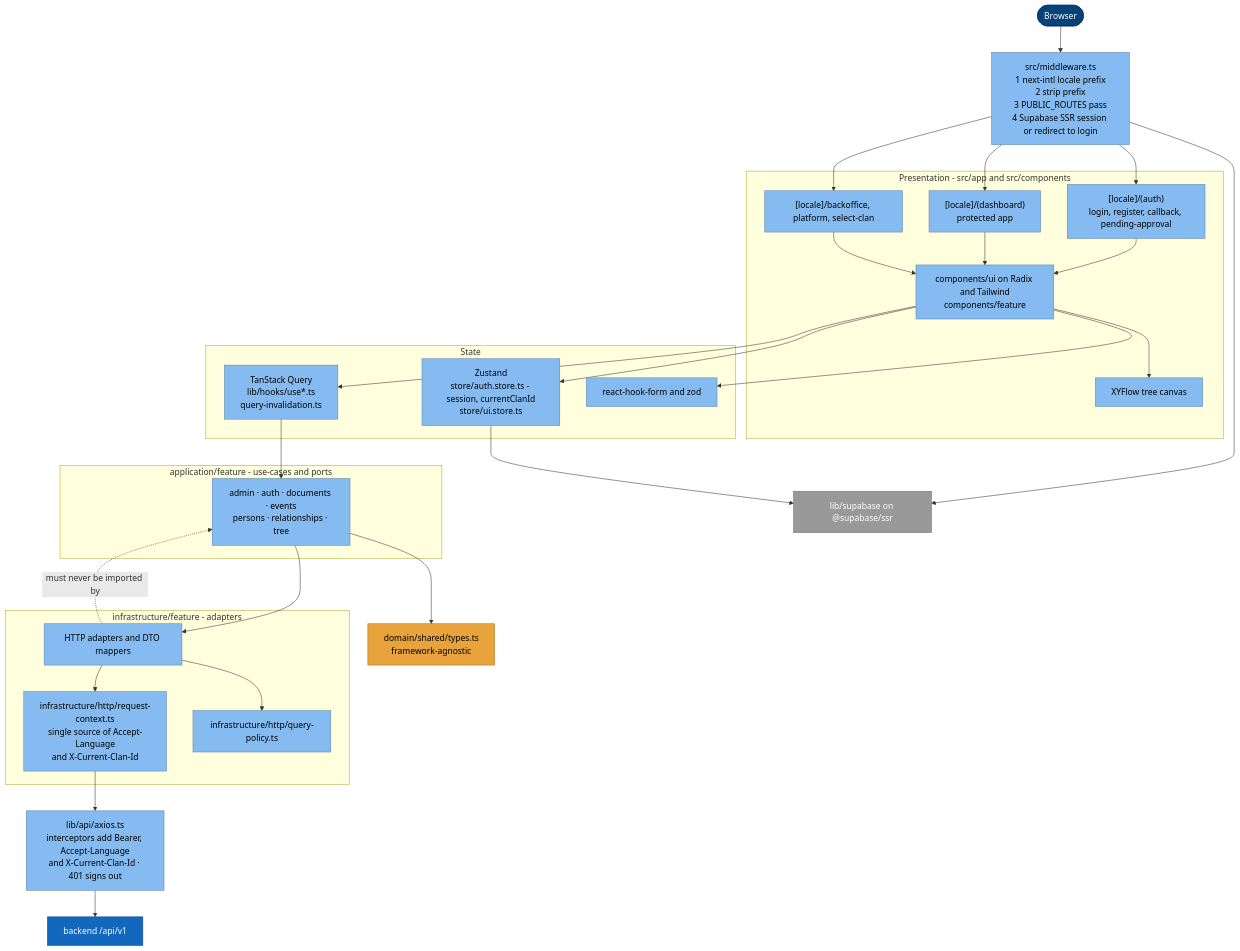
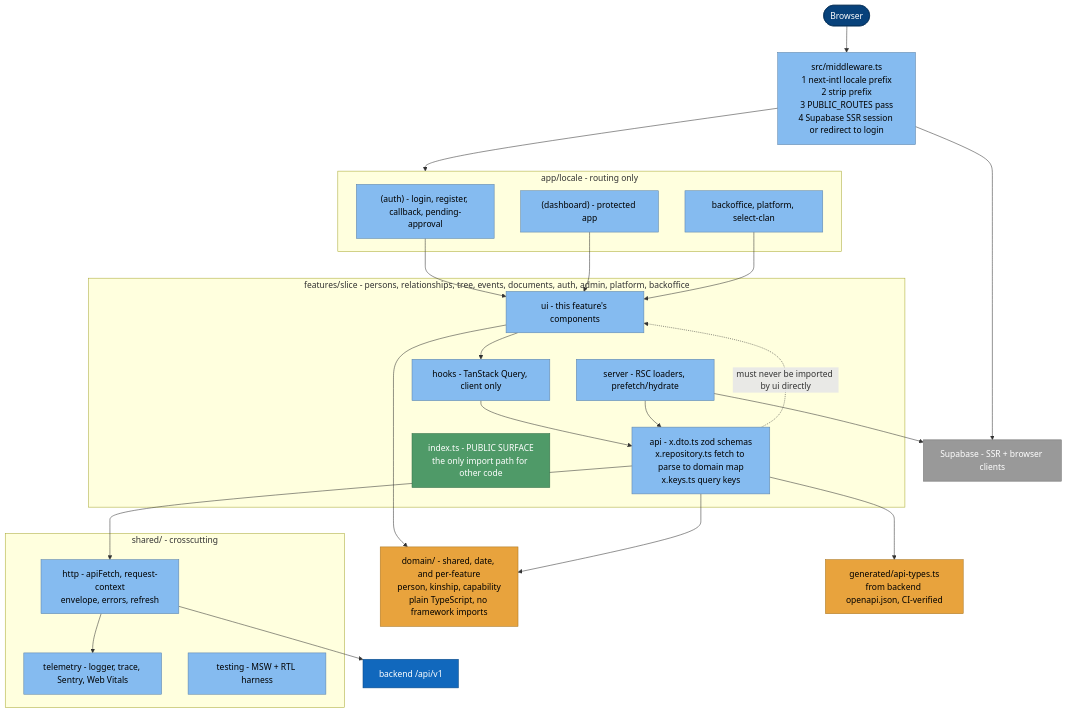
One commit to namphuongtran/familyroots changed the first of 2 diagrams in docs/sad/05b-web-components.md. Above: the diagram before and after it, drawn with Mermaid. The commit also changed other lines of this file and 3 other files, not shown here.

First line of the commit message:
docs(web): document the spine architecture and refresh the SAD component view

````diff
--- a/docs/sad/05b-web-components.md
+++ b/docs/sad/05b-web-components.md
@@ -9,63 +15,56 @@
 ```mermaid
 graph TB
   browser([Browser]):::person
 
   mw[src/middleware.ts<br/>1 next-intl locale prefix<br/>2 strip prefix<br/>3 PUBLIC_ROUTES pass<br/>4 Supabase SSR session or redirect to login]:::comp
 
-  subgraph pres[Presentation - src/app and src/components]
-    rauth["[locale]/(auth)<br/>login, register, callback, pending-approval"]:::comp
-    rdash["[locale]/(dashboard)<br/>protected app"]:::comp
-    rback["[locale]/backoffice, platform, select-clan"]:::comp
-    cmp[components/ui on Radix and Tailwind<br/>components/feature]:::comp
-    xy[XYFlow tree canvas]:::comp
+  subgraph appdir[app/locale - routing only]
+    rauth["(auth) - login, register, callback, pending-approval"]:::comp
+    rdash["(dashboard) - protected app"]:::comp
+    rback["backoffice, platform, select-clan"]:::comp
   end
 
-  subgraph state[State]
-    tq[TanStack Query<br/>lib/hooks/use*.ts<br/>query-invalidation.ts]:::comp
-    zs[Zustand<br/>store/auth.store.ts - session, currentClanId<br/>store/ui.store.ts]:::comp
-    rhf[react-hook-form and zod]:::comp
+  subgraph feat[features/slice - persons, relationships, tree, events, documents, auth, admin, platform, backoffice]
+    fui[ui - this feature's components]:::comp
+    fhooks[hooks - TanStack Query, client only]:::comp
+    fserver[server - RSC loaders, prefetch/hydrate]:::comp
+    fapi["api - x.dto.ts zod schemas<br/>x.repository.ts fetch to parse to domain map<br/>x.keys.ts query keys"]:::comp
+    fidx["index.ts - PUBLIC SURFACE<br/>the only import path for other code"]:::good
   end
 
-  subgraph appl[application/feature - use-cases and ports]
-    uc[admin · auth · documents · events<br/>persons · relationships · tree]:::comp
+  subgraph sh[shared/ - crosscutting]
+    http[http - apiFetch, request-context<br/>envelope, errors, refresh]:::comp
+    tel[telemetry - logger, trace, Sentry, Web Vitals]:::comp
+    test[testing - MSW + RTL harness]:::comp
   end
 
-  subgraph infra[infrastructure/feature - adapters]
-    ad[HTTP adapters and DTO mappers]:::comp
-    rc[infrastructure/http/request-context.ts<br/>single source of Accept-Language<br/>and X-Current-Clan-Id]:::comp
-    qpol[infrastructure/http/query-policy.ts]:::comp
-  end
-
-  dom[domain/shared/types.ts<br/>framework-agnostic]:::core
-  ax[lib/api/axios.ts<br/>interceptors add Bearer, Accept-Language<br/>and X-Current-Clan-Id · 401 signs out]:::comp
-  sb[lib/supabase on @supabase/ssr]:::ext
+  dom[domain/ - shared, date, and per-feature<br/>person, kinship, capability<br/>plain TypeScript, no framework imports]:::core
+  gen[generated/api-types.ts<br/>from backend openapi.json, CI-verified]:::core
+  sb[Supabase - SSR + browser clients]:::ext
   api[backend /api/v1]:::host
 
   browser --> mw
-  mw --> rauth
-  mw --> rdash
-  mw --> rback
-  rauth --> cmp
-  rdash --> cmp
-  rback --> cmp
-  cmp --> xy
-  cmp --> tq
-  cmp --> zs
-  cmp --> rhf
-  tq --> uc
-  uc --> ad
-  uc --> dom
-  ad --> rc
-  ad --> qpol
-  rc --> ax
-  ax --> api
+  mw --> appdir
+  rauth --> fui
+  rdash --> fui
+  rback --> fui
+  fui --> fhooks
+  fui --> dom
+  fhooks --> fapi
+  fserver --> fapi
+  fapi --> http
+  fapi --> dom
+  fapi --> gen
+  http --> api
+  http --> tel
   mw --> sb
-  zs --> sb
-  ad -.->|must never be imported by| uc
+  fserver --> sb
+  fapi -.->|must never be imported by ui directly| fui
 
   classDef person fill:#08427b,stroke:#052e56,color:#ffffff
   classDef host fill:#1168bd,stroke:#0b4884,color:#ffffff
   classDef comp fill:#85bbf0,stroke:#5d82a8,color:#000000
   classDef core fill:#e8a33d,stroke:#a9741f,color:#000000
   classDef ext fill:#999999,stroke:#6b6b6b,color:#ffffff
+  classDef good fill:#4f9a68,stroke:#357049,color:#ffffff
 ```
````
